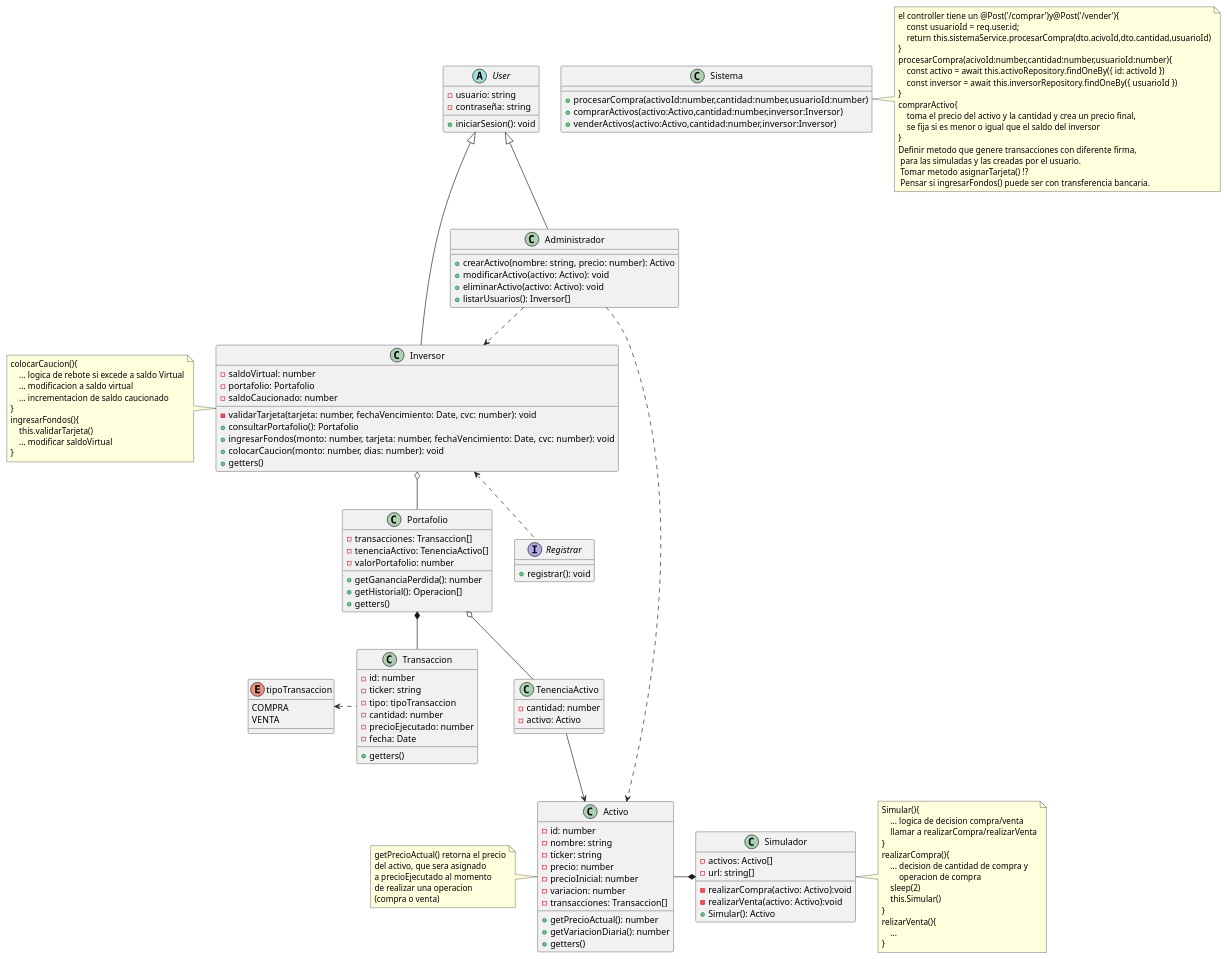
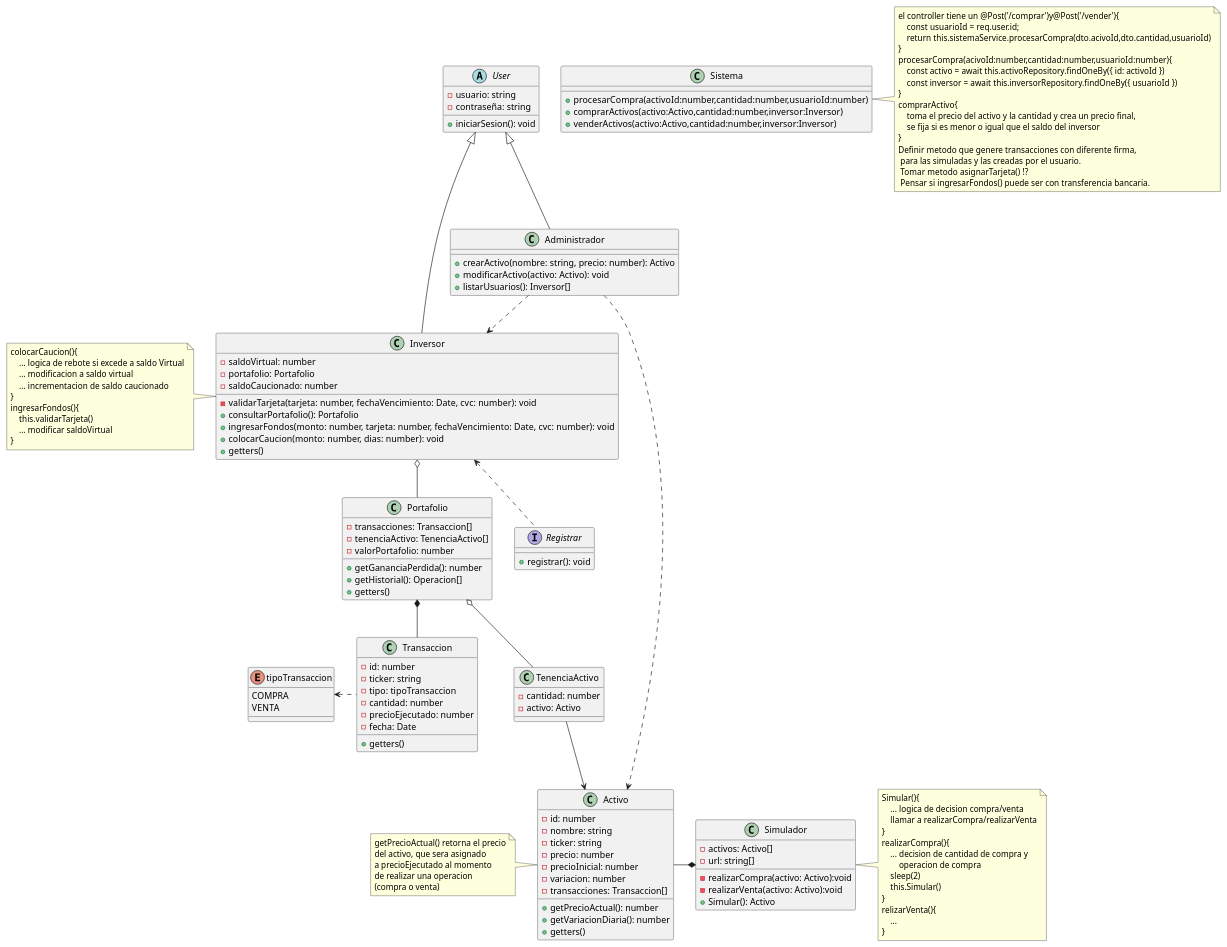
The diagram in diagramas/diagrama_de_clases.puml (Nash-Blip/Simulador-de-Inversiones), drawn with PlantUML before and after one commit. The commit also changed 1 other file, not shown here.

```diff
--- a/diagramas/diagrama_de_clases.puml
+++ b/diagramas/diagrama_de_clases.puml
@@ -1,158 +1,157 @@
 @startuml name diagrama de clases
 
 enum tipoTransaccion{
     COMPRA
     VENTA
 }
 
 abstract class User{
     - usuario: string
     - contraseña: string
     + iniciarSesion(): void
 }
 
 interface Registrar{
     + registrar(): void
 }
 
 class Inversor extends User{
     - saldoVirtual: number
     - portafolio: Portafolio
     - saldoCaucionado: number
 
     - validarTarjeta(tarjeta: number, fechaVencimiento: Date, cvc: number): void
     ' + comprarActivos(activo: Activo, cantidad: number): void
     ' + venderActivos(activo: Activo, cantidad: number): void
     + consultarPortafolio(): Portafolio
     + ingresarFondos(monto: number, tarjeta: number, fechaVencimiento: Date, cvc: number): void
     + colocarCaucion(monto: number, dias: number): void
     + getters()
 }
 
 class Administrador extends User{
     + crearActivo(nombre: string, precio: number): Activo
     + modificarActivo(activo: Activo): void
-    + eliminarActivo(activo: Activo): void
     + listarUsuarios(): Inversor[]
 }
 
 class Portafolio{
     - transacciones: Transaccion[]
     - tenenciaActivo: TenenciaActivo[]
     - valorPortafolio: number
 
     + getGananciaPerdida(): number
     + getHistorial(): Operacion[]
     + getters()
 }
 
 class TenenciaActivo{
     - cantidad: number
     - activo: Activo
 }
 
 class Activo{
     - id: number
     - nombre: string
     - ticker: string
     - precio: number
     - precioInicial: number
     - variacion: number
     - transacciones: Transaccion[]
     + getPrecioActual(): number
     + getVariacionDiaria(): number
     + getters()
 }
 
 class Transaccion{
     - id: number
     - ticker: string
     - tipo: tipoTransaccion
     - cantidad: number
     - precioEjecutado: number
     - fecha: Date
     + getters()
 }
 
 class Simulador{
     - activos: Activo[]
     - url: string[]
 
     - realizarCompra(activo: Activo):void
     - realizarVenta(activo: Activo):void
     + Simular(): Activo
 }
 
 class Sistema{
     + procesarCompra(activoId:number,cantidad:number,usuarioId:number)
     + comprarActivos(activo:Activo,cantidad:number,inversor:Inversor)
     + venderActivos(activo:Activo,cantidad:number,inversor:Inversor)
 }
 
 
 note right of Sistema
     el controller tiene un @Post('/comprar')y@Post('/vender'){
         const usuarioId = req.user.id;
         return this.sistemaService.procesarCompra(dto.acivoId,dto.cantidad,usuarioId)
     }
     procesarCompra(acivoId:number,cantidad:number,usuarioId:number){
         const activo = await this.activoRepository.findOneBy({ id: activoId })
         const inversor = await this.inversorRepository.findOneBy({ usuarioId })
     }
     comprarActivo{
         toma el precio del activo y la cantidad y crea un precio final,
         se fija si es menor o igual que el saldo del inversor
     }
     Definir metodo que genere transacciones con diferente firma,
      para las simuladas y las creadas por el usuario.
      Tomar metodo asignarTarjeta() !?
      Pensar si ingresarFondos() puede ser con transferencia bancaria.
 end note
 
 note left of Activo
     getPrecioActual() retorna el precio
     del activo, que sera asignado
     a precioEjecutado al momento
     de realizar una operacion
     (compra o venta)
 end note
 
 note right of Simulador 
     Simular(){
         ... logica de decision compra/venta
         llamar a realizarCompra/realizarVenta
     }
     realizarCompra(){
         ... decision de cantidad de compra y 
             operacion de compra
         sleep(2)
         this.Simular()
     }
     relizarVenta(){
         ...
     }
 end note
 
 note left of Inversor 
     colocarCaucion(){
         ... logica de rebote si excede a saldo Virtual
         ... modificacion a saldo virtual
         ... incrementacion de saldo caucionado
     }
     ingresarFondos(){
         this.validarTarjeta()
         ... modificar saldoVirtual
     }
 end note
 
 Inversor o-- Portafolio 
 Portafolio *-- Transaccion
 Transaccion .l.> tipoTransaccion
 Administrador ..> Activo
 Portafolio o-- TenenciaActivo
 TenenciaActivo --> Activo
 Administrador ..> Inversor
 Registrar .u.> Inversor
 Simulador *-l- Activo
 
 @enduml
```
